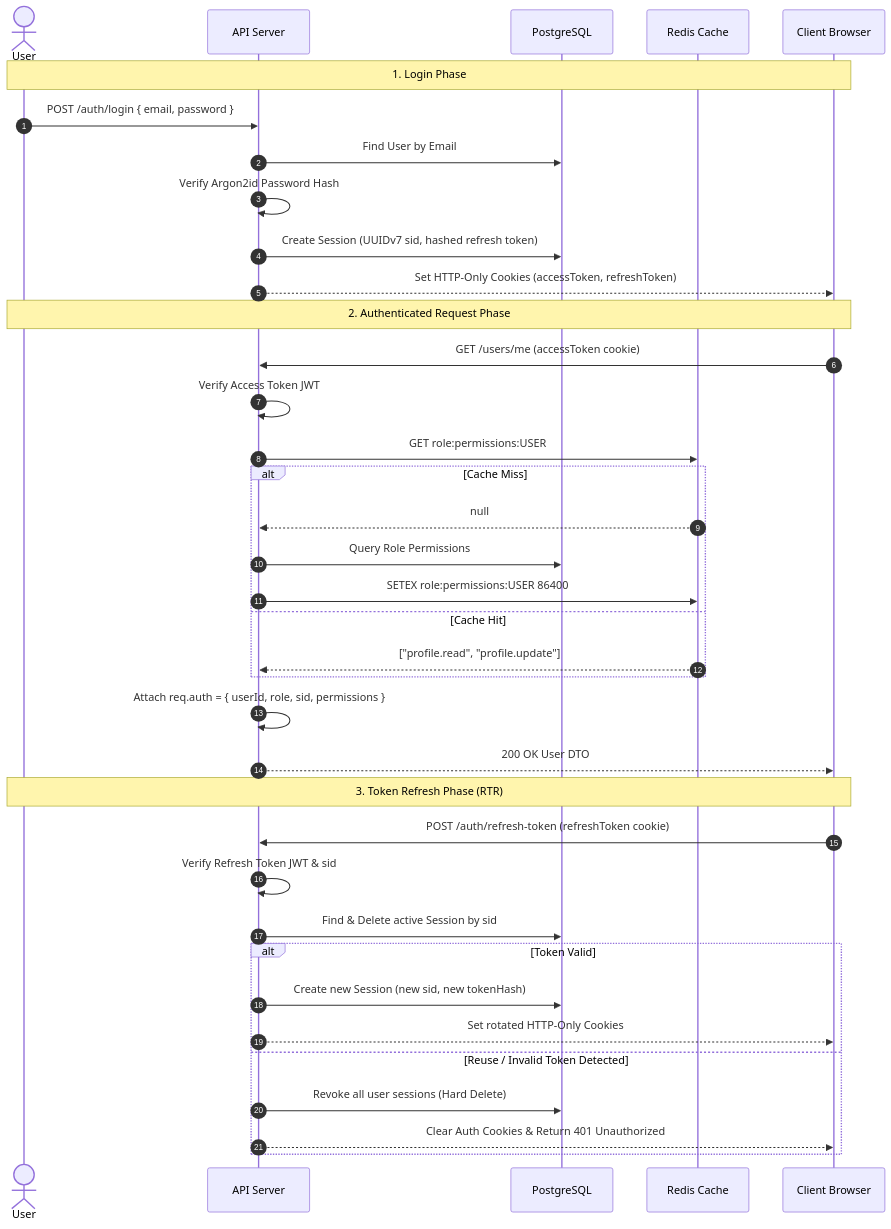
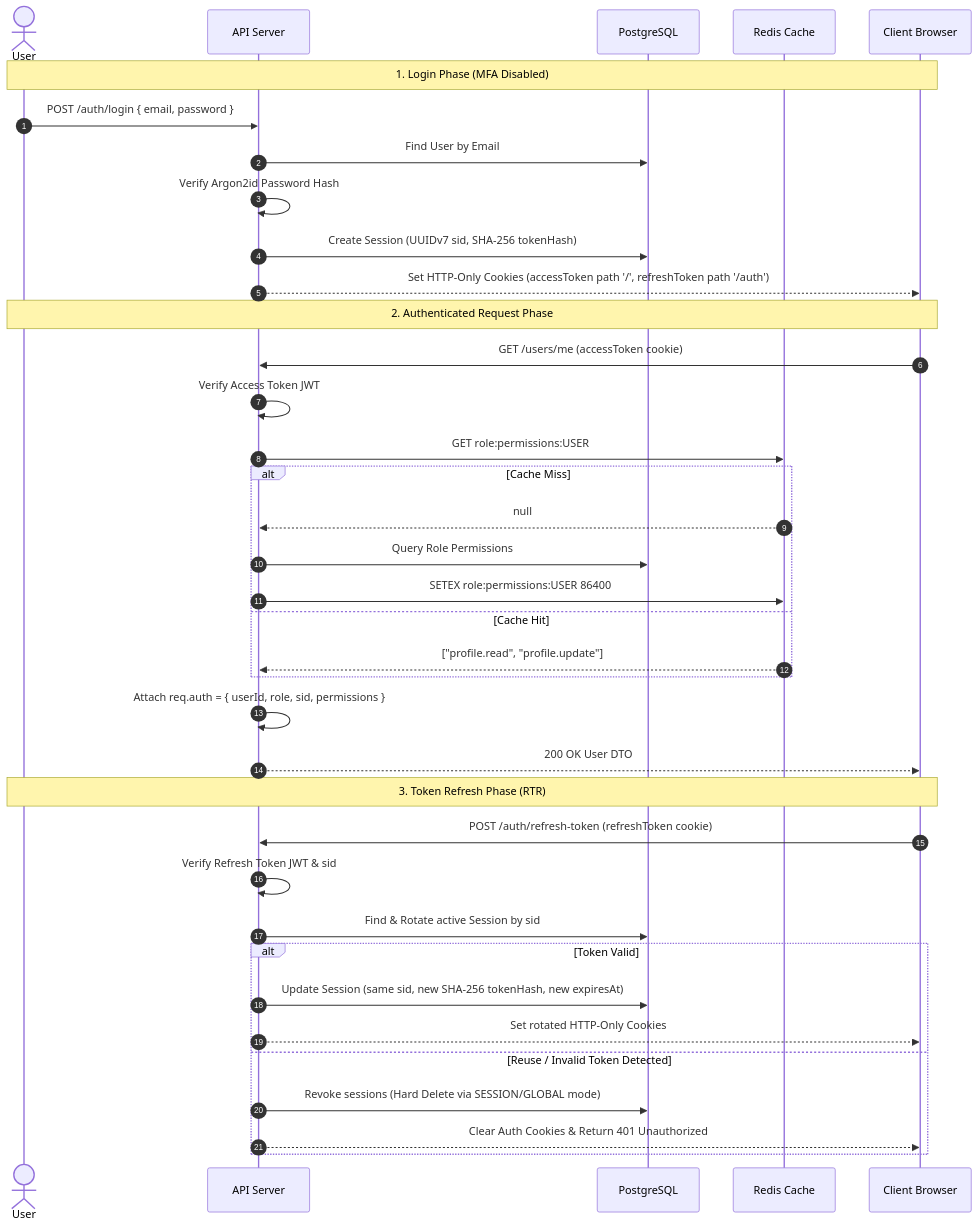
The third of 5 diagrams in docs/ARCHITECTURE.md (utkarshj014/authsphere), drawn with Mermaid before and after one commit. The commit also changed other lines of this file and 1 other file, not shown here.

````diff
--- a/docs/ARCHITECTURE.md
+++ b/docs/ARCHITECTURE.md
@@ -142,42 +161,42 @@
 ```mermaid
 sequenceDiagram
     autonumber
     actor User
     participant API as API Server
     participant DB as PostgreSQL
     participant Redis as Redis Cache
     participant Client as Client Browser
 
-    Note over User, Client: 1. Login Phase
+    Note over User, Client: 1. Login Phase (MFA Disabled)
     User->>API: POST /auth/login { email, password }
     API->>DB: Find User by Email
     API->>API: Verify Argon2id Password Hash
-    API->>DB: Create Session (UUIDv7 sid, hashed refresh token)
-    API-->>Client: Set HTTP-Only Cookies (accessToken, refreshToken)
+    API->>DB: Create Session (UUIDv7 sid, SHA-256 tokenHash)
+    API-->>Client: Set HTTP-Only Cookies (accessToken path '/', refreshToken path '/auth')
 
     Note over User, Client: 2. Authenticated Request Phase
     Client->>API: GET /users/me (accessToken cookie)
     API->>API: Verify Access Token JWT
     API->>Redis: GET role:permissions:USER
     alt Cache Miss
         Redis-->>API: null
         API->>DB: Query Role Permissions
         API->>Redis: SETEX role:permissions:USER 86400
     else Cache Hit
         Redis-->>API: ["profile.read", "profile.update"]
     end
     API->>API: Attach req.auth = { userId, role, sid, permissions }
     API-->>Client: 200 OK User DTO
 
     Note over User, Client: 3. Token Refresh Phase (RTR)
     Client->>API: POST /auth/refresh-token (refreshToken cookie)
     API->>API: Verify Refresh Token JWT & sid
-    API->>DB: Find & Delete active Session by sid
+    API->>DB: Find & Rotate active Session by sid
     alt Token Valid
-        API->>DB: Create new Session (new sid, new tokenHash)
+        API->>DB: Update Session (same sid, new SHA-256 tokenHash, new expiresAt)
         API-->>Client: Set rotated HTTP-Only Cookies
     else Reuse / Invalid Token Detected
-        API->>DB: Revoke all user sessions (Hard Delete)
+        API->>DB: Revoke sessions (Hard Delete via SESSION/GLOBAL mode)
         API-->>Client: Clear Auth Cookies & Return 401 Unauthorized
     end
 ```
````
